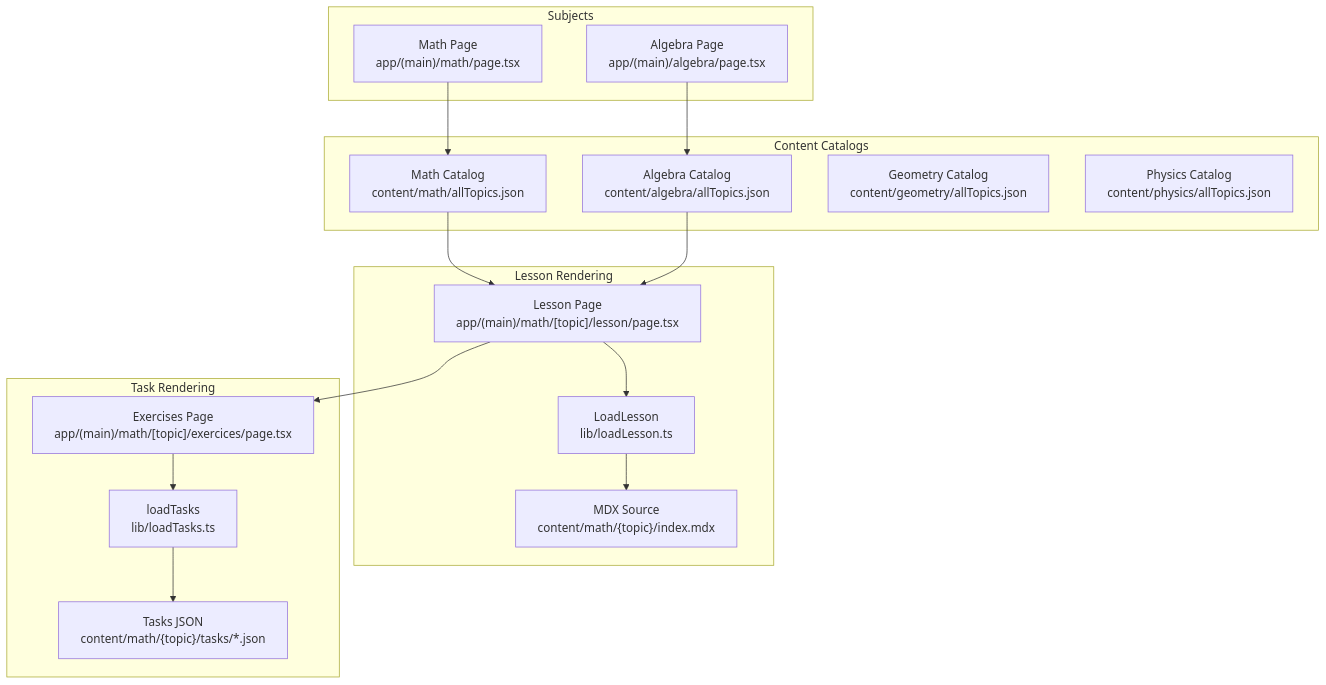
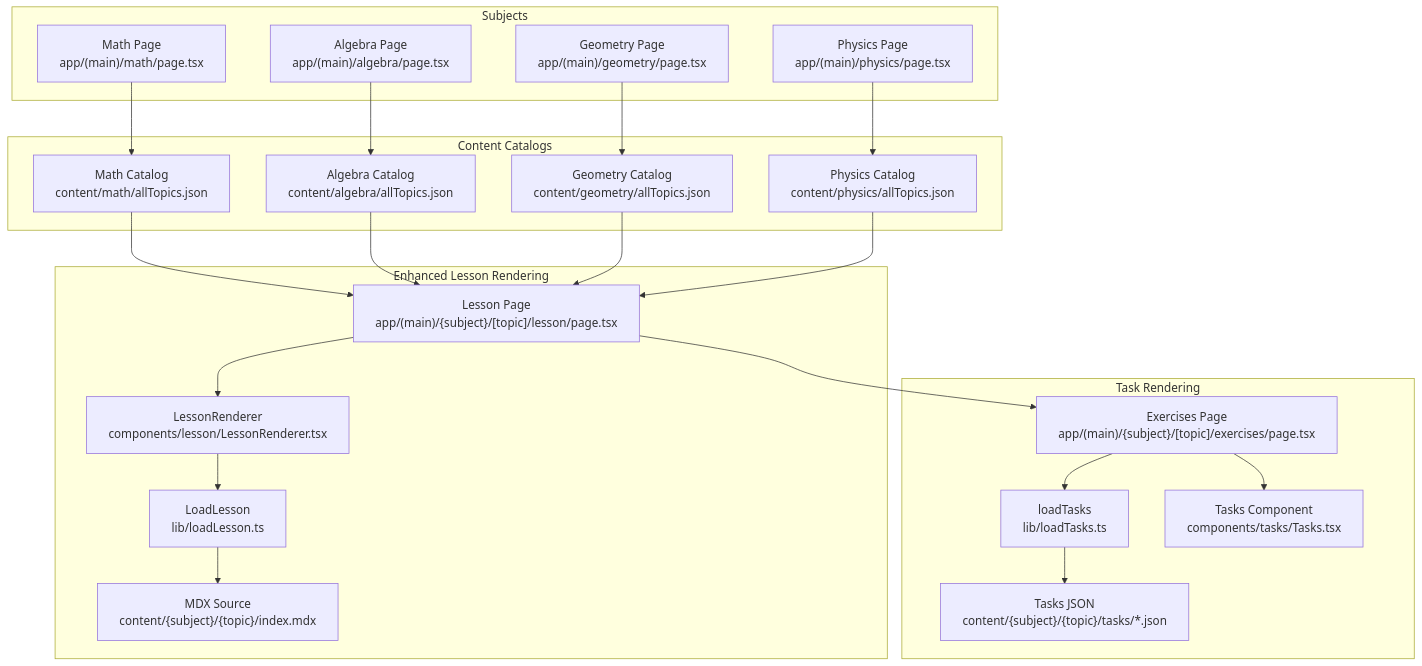
Before and after one commit to AlexKutz/math-app-next-js: the first of 7 diagrams in .qoder/repowiki/en/content/Core Features/Content Management System/Content Management System.md, drawn with Mermaid. The commit also changed other lines of this file and 125 other files, not shown here.

````diff
--- a/.qoder/repowiki/en/content/Core Features/Content Management System/Content Management System.md
+++ b/.qoder/repowiki/en/content/Core Features/Content Management System/Content Management System.md
@@ -49,32 +68,42 @@
 ```mermaid
 graph TB
 subgraph "Subjects"
 M["Math Page<br/>app/(main)/math/page.tsx"]
 A["Algebra Page<br/>app/(main)/algebra/page.tsx"]
+G["Geometry Page<br/>app/(main)/geometry/page.tsx"]
+P["Physics Page<br/>app/(main)/physics/page.tsx"]
 end
 subgraph "Content Catalogs"
 CM["Math Catalog<br/>content/math/allTopics.json"]
 CA["Algebra Catalog<br/>content/algebra/allTopics.json"]
 CG["Geometry Catalog<br/>content/geometry/allTopics.json"]
 CP["Physics Catalog<br/>content/physics/allTopics.json"]
 end
-subgraph "Lesson Rendering"
-LPage["Lesson Page<br/>app/(main)/math/[topic]/lesson/page.tsx"]
+subgraph "Enhanced Lesson Rendering"
+LR["LessonRenderer<br/>components/lesson/LessonRenderer.tsx"]
+LPage["Lesson Page<br/>app/(main)/{subject}/[topic]/lesson/page.tsx"]
 LoadLesson["LoadLesson<br/>lib/loadLesson.ts"]
-MDX["MDX Source<br/>content/math/{topic}/index.mdx"]
+MDX["MDX Source<br/>content/{subject}/{topic}/index.mdx"]
 end
 subgraph "Task Rendering"
-EPage["Exercises Page<br/>app/(main)/math/[topic]/exercices/page.tsx"]
+EPage["Exercises Page<br/>app/(main)/{subject}/[topic]/exercises/page.tsx"]
 LoadTasks["loadTasks<br/>lib/loadTasks.ts"]
-TasksDir["Tasks JSON<br/>content/math/{topic}/tasks/*.json"]
+TasksDir["Tasks JSON<br/>content/{subject}/{topic}/tasks/*.json"]
+TasksComp["Tasks Component<br/>components/tasks/Tasks.tsx"]
 end
 M --> CM
 A --> CA
+G --> CG
+P --> CP
 CM --> LPage
 CA --> LPage
-LPage --> LoadLesson
+CG --> LPage
+CP --> LPage
+LPage --> LR
+LR --> LoadLesson
 LoadLesson --> MDX
 LPage --> EPage
 EPage --> LoadTasks
 LoadTasks --> TasksDir
+EPage --> TasksComp
 ```
````
